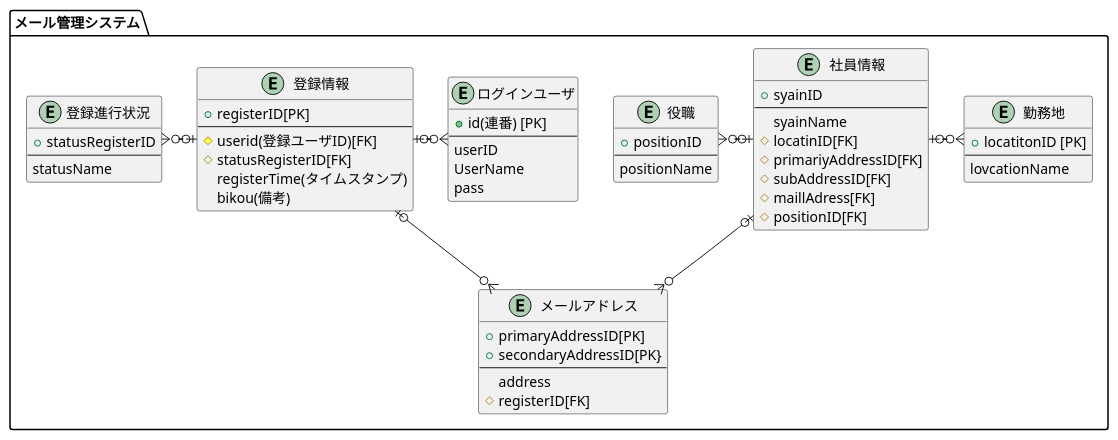
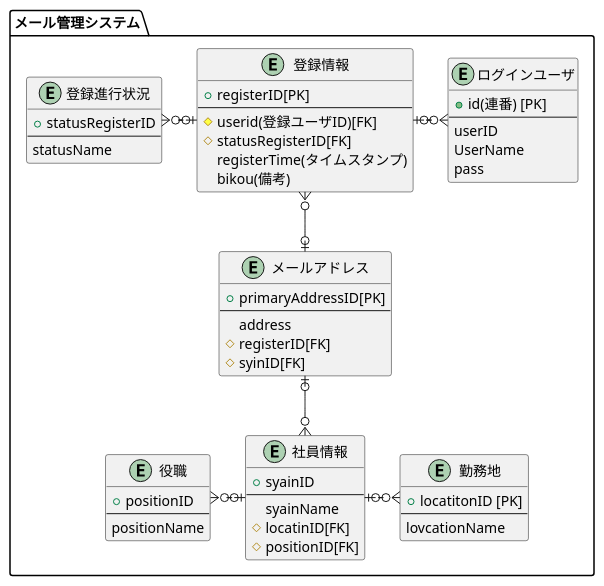
One commit to KKimishima/MailAdmin changed the diagram in doc/UML/ER.puml. Above: the diagram before and after it, drawn with PlantUML. The commit also changed 4 other files, not shown here.

```diff
--- a/doc/UML/ER.puml
+++ b/doc/UML/ER.puml
@@ -1,59 +1,56 @@
 @startuml
 package "メール管理システム" {
     entity "ログインユーザ" as loginUser {
         + id(連番) [PK]
         ----
         userID
         UserName
         pass
     }
     entity "勤務地" as location{
         + locatitonID [PK]
         ---
         lovcationName
     }
     entity "メールアドレス" as maillAddress{
         + primaryAddressID[PK]
-        + secondaryAddressID[PK}
         ---
         address
         # registerID[FK]
+        # syinID[FK]
     }
     entity "役職" as position{
         + positionID
         ---
         positionName
     }
     entity "社員情報" as syainInfo{
         + syainID
         ---
         syainName
         # locatinID[FK]
-        # primariyAddressID[FK]
-        # subAddressID[FK]
-        # maillAdress[FK]
         # positionID[FK]
     }
     entity "登録進行状況" as statusRegiser{
         + statusRegisterID
         ---
         statusName
     }
     entity "登録情報" as regiseter{
         + registerID[PK]
         ----
         # userid(登録ユーザID)[FK]
         # statusRegisterID[FK]
         registerTime(タイムスタンプ)
         bikou(備考)
     }
 
-    maillAddress }o-u-o| syainInfo
+    maillAddress |o--o{ syainInfo
     syainInfo |o--l-o{ position
     syainInfo |o-ri-o{ location
     regiseter |o-ri-o{ loginUser
     regiseter |o-l-o{ statusRegiser
-    regiseter  |o--o{maillAddress
+    regiseter }o--o| maillAddress
 
 }
 @enduml
```
